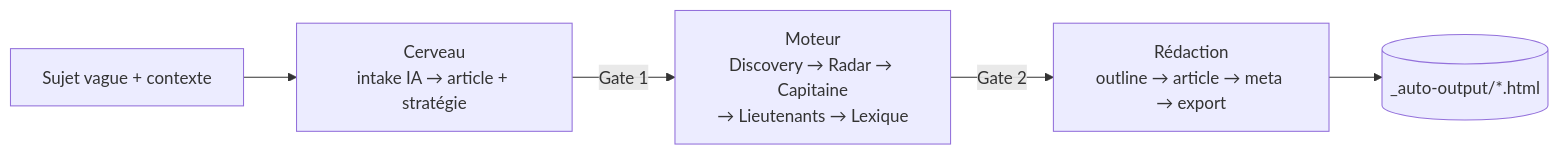
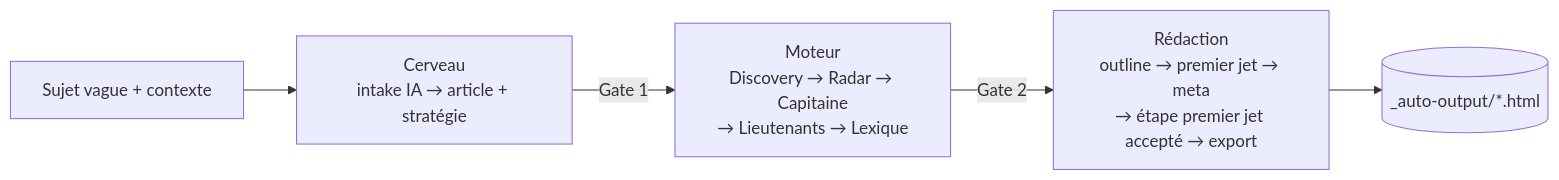
The diagram in docs/auto-article-cli.md (annubis-knight/Blog_Redactor_SEO), drawn with Mermaid before and after one commit. The commit also changed other lines of this file and 20 other files, not shown here.

````diff
--- a/docs/auto-article-cli.md
+++ b/docs/auto-article-cli.md
@@ -62,7 +62,7 @@
 ```mermaid
 flowchart LR
   I[Sujet vague + contexte] --> C[Cerveau<br/>intake IA → article + stratégie]
   C -->|Gate 1| M[Moteur<br/>Discovery → Radar → Capitaine<br/>→ Lieutenants → Lexique]
-  M -->|Gate 2| R[Rédaction<br/>outline → article → meta → export]
+  M -->|Gate 2| R[Rédaction<br/>outline → premier jet → meta<br/>→ étape premier jet accepté → export]
   R --> O[(_auto-output/*.html)]
 ```
````
